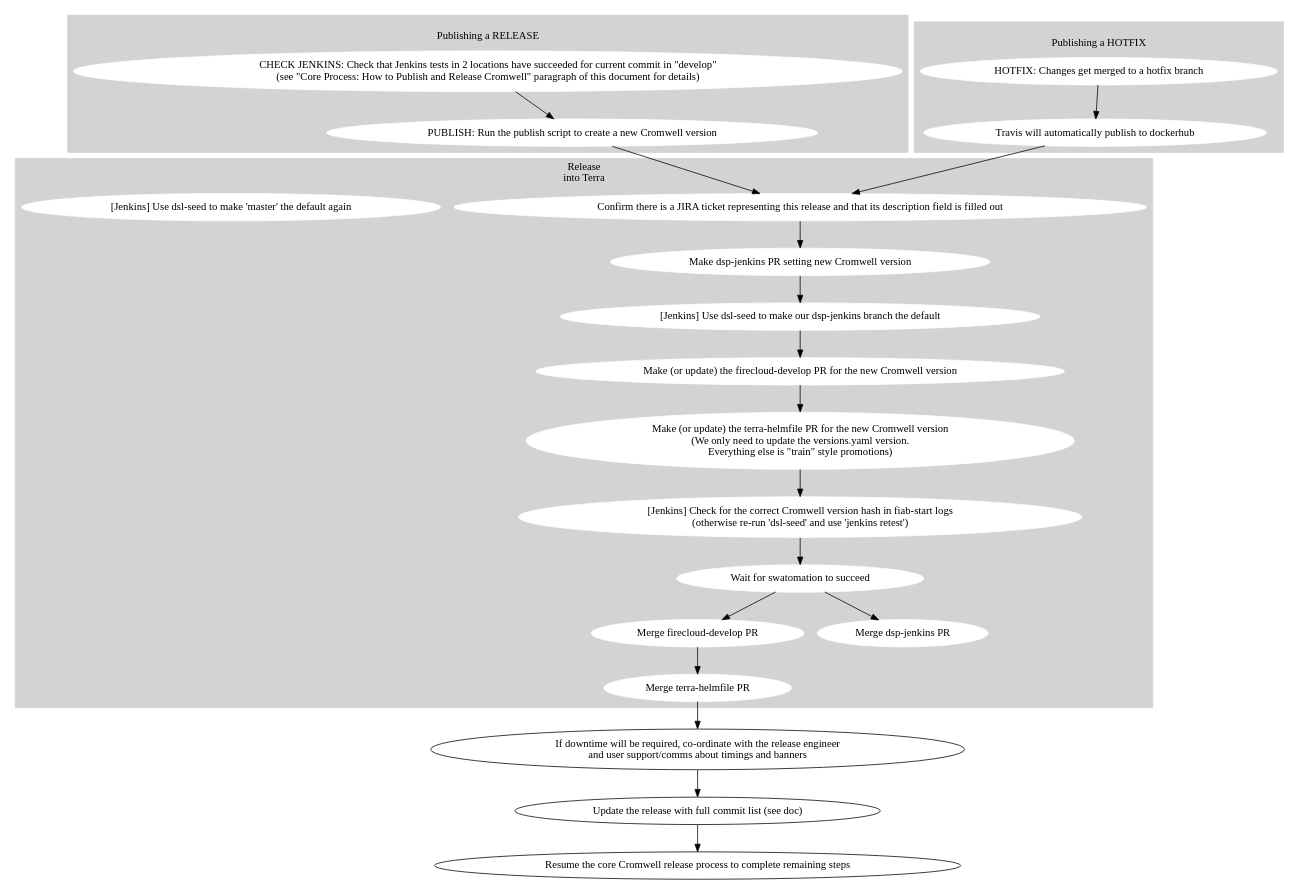
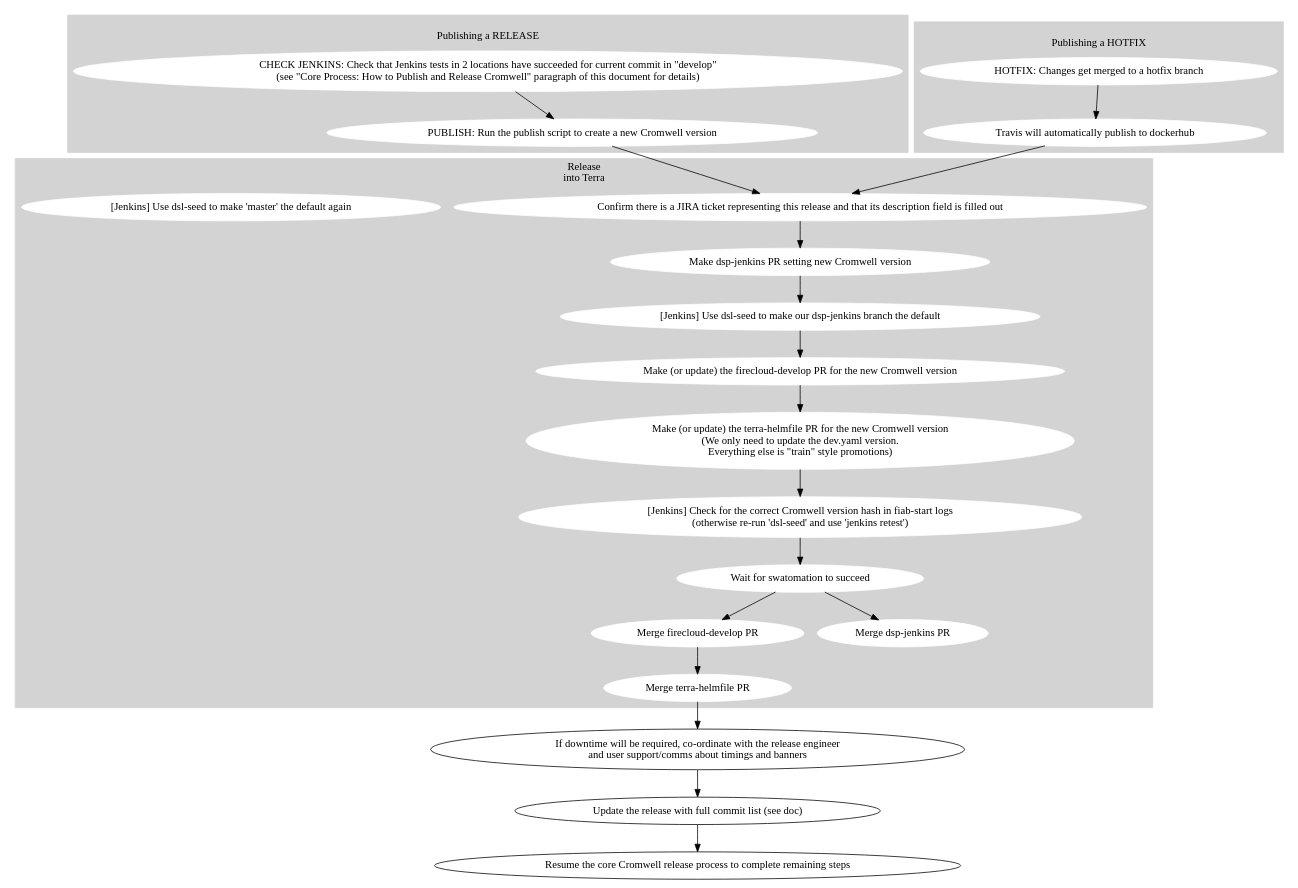
One commit to broadinstitute/cromwell changed the diagram in processes/release_processes/firecloud-develop.dot. Above: the diagram before and after it, drawn with Graphviz. The commit also changed 1 other file, not shown here.

```diff
--- a/processes/release_processes/firecloud-develop.dot
+++ b/processes/release_processes/firecloud-develop.dot
@@ -1,78 +1,78 @@
 digraph {
 
   # Nodes
 
   subgraph cluster_0 {
     label="\lPublishing a RELEASE"
     style=filled
     node [style=filled,color=white];
     color="lightgrey"
 
     check_jenkins_tests [shape=oval label="CHECK JENKINS: Check that Jenkins tests in 2 locations have succeeded for current commit in \"develop\"\n(see \"Core Process: How to Publish and Release Cromwell\" paragraph of this document for details)"];
     release_cromwell [shape=oval label="PUBLISH: Run the publish script to create a new Cromwell version"];
   }
 
   subgraph cluster_1 {
     label="\lPublishing a HOTFIX"
     style=filled
     node [style=filled,color=white];
     color="lightgrey"
 
     hotfix_changes [shape=oval label="HOTFIX: Changes get merged to a hotfix branch"];
     publish_hotfix [shape=oval label="Travis will automatically publish to dockerhub"];
   }
 
   subgraph cluster_2 {
     label="Release\ninto Terra"
     style=filled
     node [style=filled,color=white];
     color="lightgrey"
     confirm_ticket [shape="oval" label="Confirm there is a JIRA ticket representing this release and that its description field is filled out"]
     fcdev_pr [shape=oval label="Make (or update) the firecloud-develop PR for the new Cromwell version"];
     # For an example PR see https://github.com/broadinstitute/terra-helmfile/pull/550#pullrequestreview-527531319
-    helmfile_pr [shape=oval label="Make (or update) the terra-helmfile PR for the new Cromwell version\n(We only need to update the versions.yaml version.\nEverything else is \"train\" style promotions)"];
+    helmfile_pr [shape=oval label="Make (or update) the terra-helmfile PR for the new Cromwell version\n(We only need to update the dev.yaml version.\nEverything else is \"train\" style promotions)"];
     confirm_cromwell_v [shape=oval label="[Jenkins] Check for the correct Cromwell version hash in fiab-start logs\n(otherwise re-run 'dsl-seed' and use 'jenkins retest')"];
     confirm_cromwell_v [shape=oval label="[Jenkins] Check for the correct Cromwell version hash in fiab-start logs\n(otherwise re-run 'dsl-seed' and use 'jenkins retest')"];
     fcdev_success [shape=oval label="Wait for swatomation to succeed"];
 
     fcdev_merge [shape=oval label="Merge firecloud-develop PR"];
     helmfile_merge [shape=oval label="Merge terra-helmfile PR"];
 
     dspjenkins_PR [shape=oval label="Make dsp-jenkins PR setting new Cromwell version"];
     dspjenkins_merge [shape=oval label="Merge dsp-jenkins PR"];
 
     jenkins_set [shape=oval label="[Jenkins] Use dsl-seed to make our dsp-jenkins branch the default"];
     jenkins_reset [shape=oval label="[Jenkins] Use dsl-seed to make 'master' the default again"];
   }
 
   coordinate_release_timing [shape=oval label="If downtime will be required, co-ordinate with the release engineer\nand user support/comms about timings and banners"];
 
   update_release_ticket [shape=oval label="Update the release with full commit list (see doc)"];
 
   resume_core_release_process [shape=oval label="Resume the core Cromwell release process to complete remaining steps"];
 
   # Edges
   check_jenkins_tests -> release_cromwell
 
   hotfix_changes -> publish_hotfix
   publish_hotfix -> confirm_ticket
 
   release_cromwell -> confirm_ticket
 
   fcdev_pr -> helmfile_pr
   helmfile_pr -> confirm_cromwell_v
 
   confirm_ticket -> dspjenkins_PR
   dspjenkins_PR -> jenkins_set
 
   jenkins_set -> fcdev_pr
   confirm_cromwell_v -> fcdev_success
 
   fcdev_success -> dspjenkins_merge
   fcdev_success -> fcdev_merge
 
   fcdev_merge -> helmfile_merge
   helmfile_merge -> coordinate_release_timing
   coordinate_release_timing -> update_release_ticket
   update_release_ticket -> resume_core_release_process
 }
```
